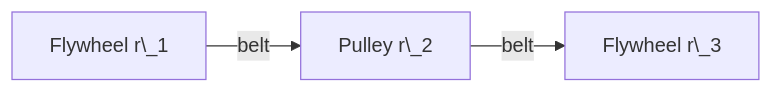
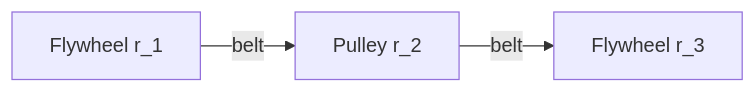
One commit to futuroptimist/flywheel changed the seventh of 7 diagrams in docs/flywheel-physics.md. Above: the diagram before and after it, drawn with Mermaid. The commit also changed other lines of this file and 2 other files, not shown here.

Commit message:
📝 : prevent mermaid parse errors in physics doc

````diff
--- a/docs/flywheel-physics.md
+++ b/docs/flywheel-physics.md
@@ -289,5 +289,5 @@
 ```mermaid
 graph LR
-    A[Flywheel r\_1] -- belt --> B[Pulley r\_2]
-    B -- belt --> C[Flywheel r\_3]
+    A[Flywheel r_1] -- belt --> B[Pulley r_2]
+    B -- belt --> C[Flywheel r_3]
 ```
````
